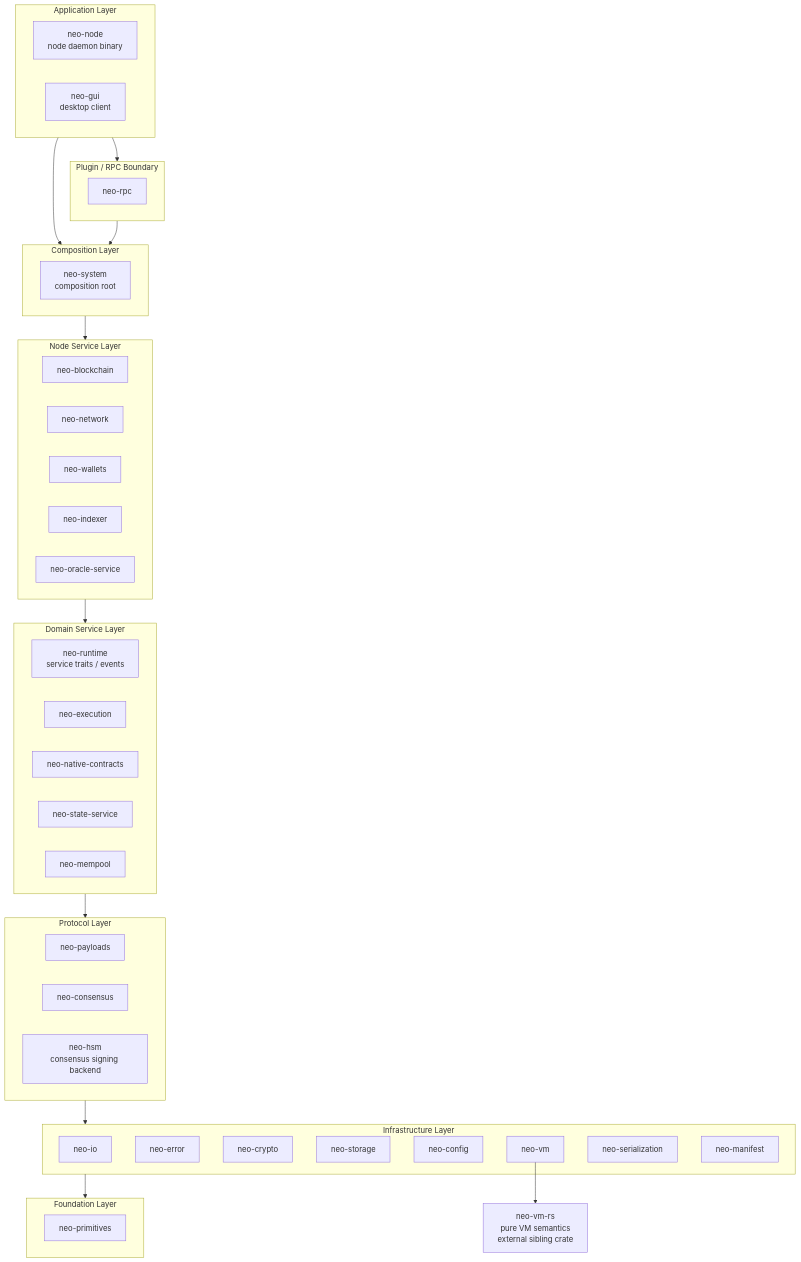
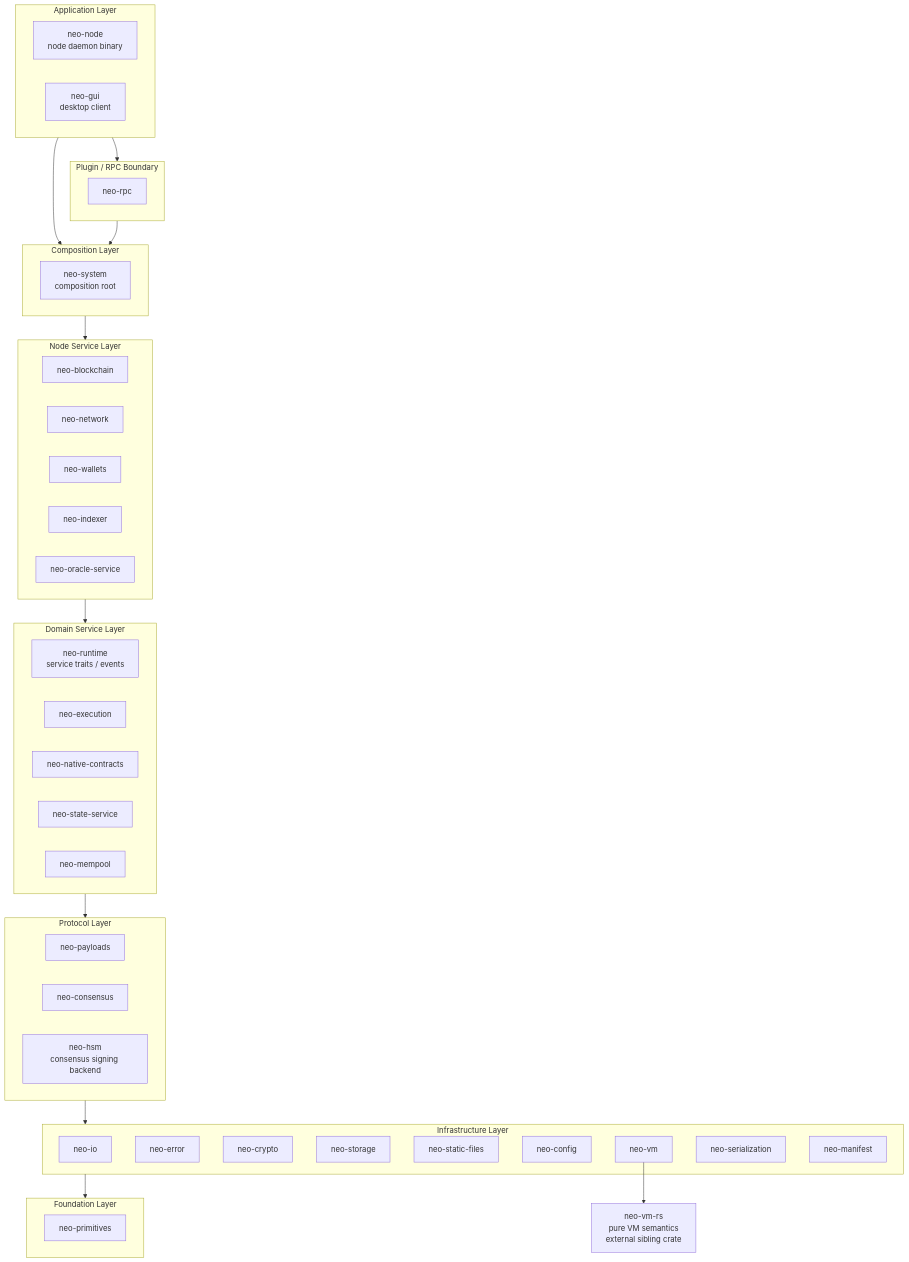
One commit to r3e-network/neo-rs changed the diagram in docs/architecture.md. Above: the diagram before and after it, drawn with Mermaid. The commit also changed other lines of this file and 64 other files, not shown here.

````diff
--- a/docs/architecture.md
+++ b/docs/architecture.md
@@ -25,64 +25,65 @@
 ```mermaid
 flowchart TD
     subgraph APP["Application Layer"]
         node[neo-node<br/>node daemon binary]
         gui[neo-gui<br/>desktop client]
     end
 
     subgraph PLUG["Plugin / RPC Boundary"]
         rpc[neo-rpc]
     end
 
     subgraph COMP["Composition Layer"]
         system[neo-system<br/>composition root]
     end
 
     subgraph SVC["Node Service Layer"]
         blockchain[neo-blockchain]
         network[neo-network]
         wallets[neo-wallets]
         indexer[neo-indexer]
         oracle[neo-oracle-service]
     end
 
     subgraph DOM["Domain Service Layer"]
         runtime[neo-runtime<br/>service traits / events]
         execution[neo-execution]
         natives[neo-native-contracts]
         state[neo-state-service]
         mempool[neo-mempool]
     end
 
     subgraph PROTO["Protocol Layer"]
         payloads[neo-payloads]
         consensus[neo-consensus]
         hsm[neo-hsm<br/>consensus signing backend]
     end
 
     subgraph INF["Infrastructure Layer"]
         io[neo-io]
         error[neo-error]
         crypto[neo-crypto]
         storage[neo-storage]
+        static[neo-static-files]
         config[neo-config]
         vm[neo-vm]
         serialization[neo-serialization]
         manifest[neo-manifest]
     end
 
     subgraph FND["Foundation Layer"]
         primitives[neo-primitives]
     end
 
     extvm[neo-vm-rs<br/>pure VM semantics<br/>external sibling crate]
 
     APP --> PLUG
     APP --> COMP
     PLUG --> COMP
     COMP --> SVC
     SVC --> DOM
     DOM --> PROTO
     PROTO --> INF
     INF --> FND
     vm --> extvm
 ```
````
